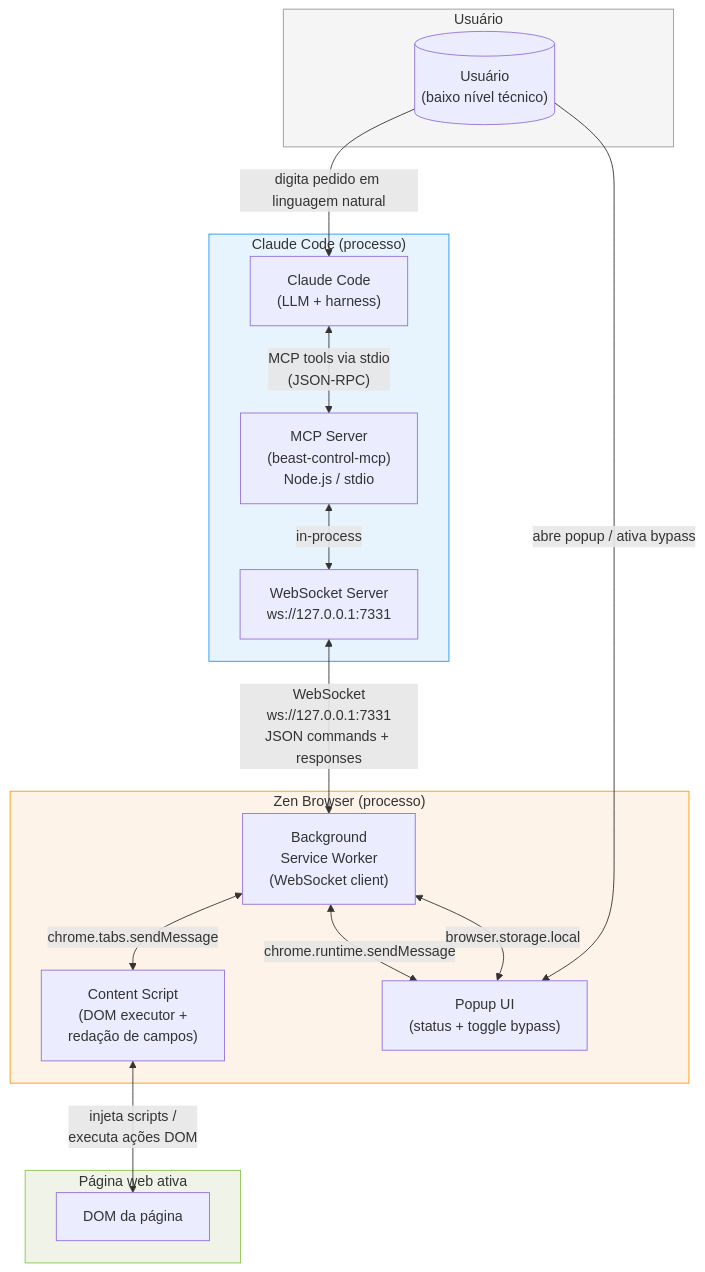
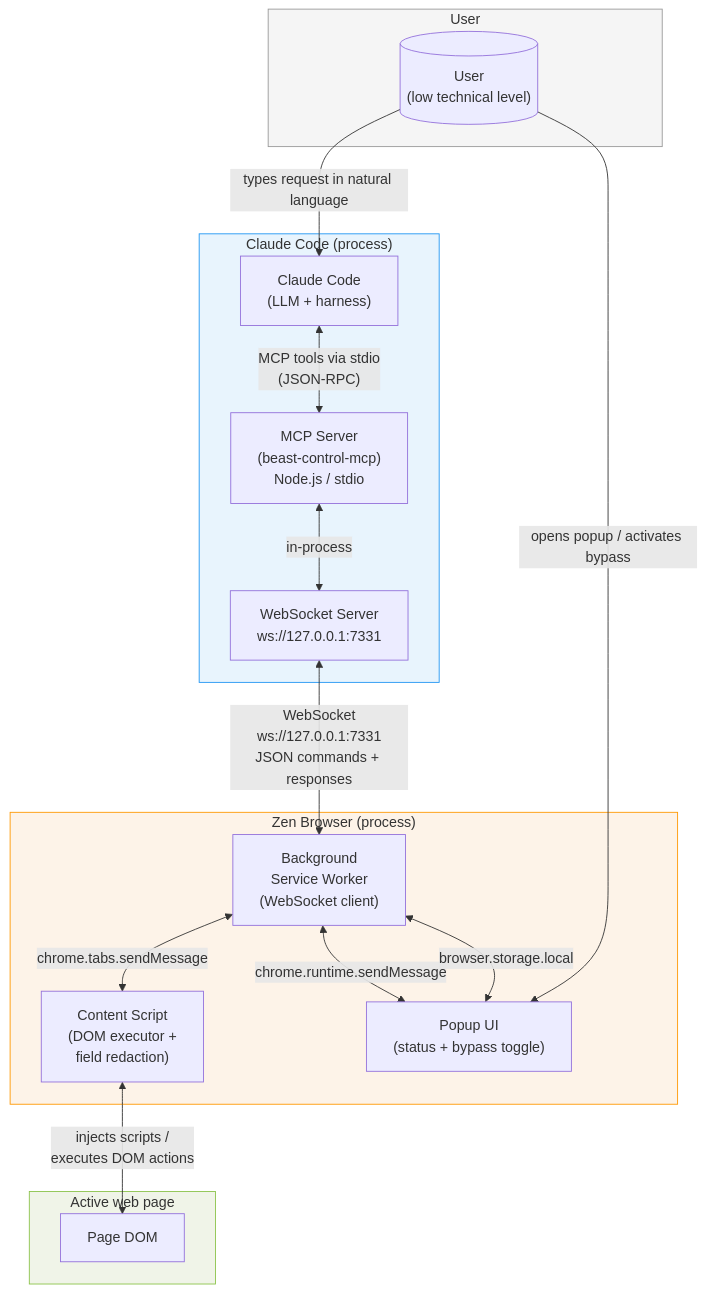
One commit to MarcosAlves90/go-beast changed the first of 4 diagrams in extensions/beast-control/docs/architecture/DIAGRAM.md. Above: the diagram before and after it, drawn with Mermaid. The commit also changed other lines of this file and 29 other files, not shown here.

````diff
--- a/extensions/beast-control/docs/architecture/DIAGRAM.md
+++ b/extensions/beast-control/docs/architecture/DIAGRAM.md
@@ -6,38 +6,38 @@
 ```mermaid
 flowchart TD
-    subgraph USER["Usuário"]
-        U[("Usuário\n(baixo nível técnico)")]
+    subgraph USER["User"]
+        U[("User\n(low technical level)")]
     end
 
-    subgraph CLAUDE_CODE["Claude Code (processo)"]
+    subgraph CLAUDE_CODE["Claude Code (process)"]
         CC["Claude Code\n(LLM + harness)"]
         MCP["MCP Server\n(beast-control-mcp)\nNode.js / stdio"]
         WSS["WebSocket Server\nws://127.0.0.1:7331"]
         CC <-->|"MCP tools via stdio\n(JSON-RPC)"| MCP
         MCP <-->|"in-process"| WSS
     end
 
-    subgraph ZEN["Zen Browser (processo)"]
+    subgraph ZEN["Zen Browser (process)"]
         BG["Background\nService Worker\n(WebSocket client)"]
-        CS["Content Script\n(DOM executor +\nredação de campos)"]
-        POP["Popup UI\n(status + toggle bypass)"]
+        CS["Content Script\n(DOM executor +\nfield redaction)"]
+        POP["Popup UI\n(status + bypass toggle)"]
         BG <-->|"chrome.tabs.sendMessage"| CS
         BG <-->|"chrome.runtime.sendMessage"| POP
         POP <-->|"browser.storage.local"| BG
     end
 
-    subgraph PAGE["Página web ativa"]
-        DOM["DOM da página"]
+    subgraph PAGE["Active web page"]
+        DOM["Page DOM"]
     end
 
-    U -->|"digita pedido em linguagem natural"| CC
-    U -->|"abre popup / ativa bypass"| POP
+    U -->|"types request in natural language"| CC
+    U -->|"opens popup / activates bypass"| POP
 
     WSS <-->|"WebSocket\nws://127.0.0.1:7331\nJSON commands + responses"| BG
-    CS <-->|"injeta scripts /\nexecuta ações DOM"| DOM
+    CS <-->|"injects scripts /\nexecutes DOM actions"| DOM
 
     style USER fill:#f5f5f5,stroke:#999
     style CLAUDE_CODE fill:#e8f4fd,stroke:#2196F3
     style ZEN fill:#fdf3e8,stroke:#FF9800
     style PAGE fill:#f0f4e8,stroke:#8BC34A
 ```
````
